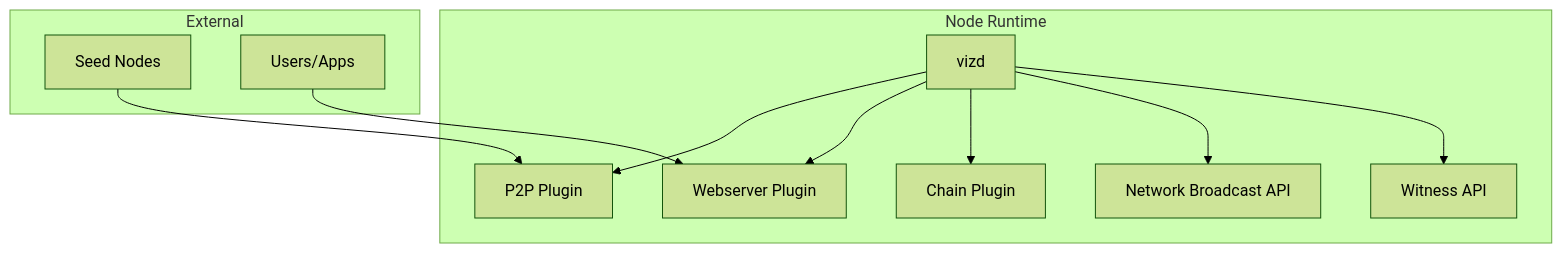
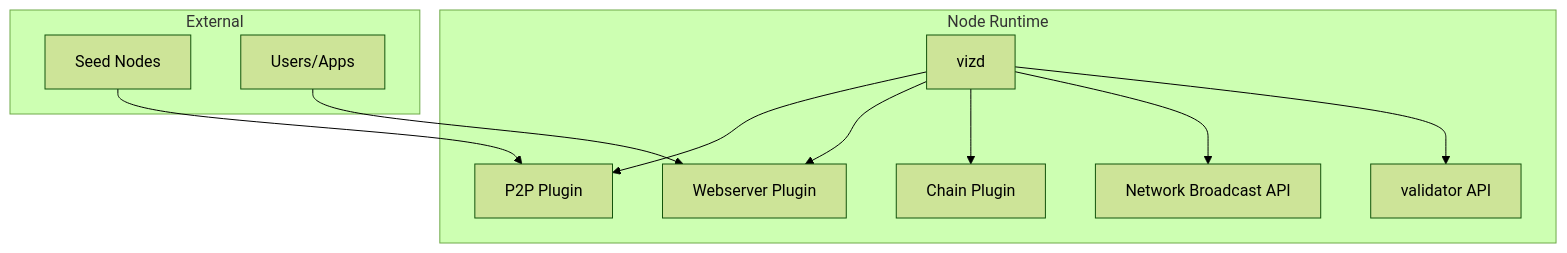
The second of 6 diagrams in .qoder/repowiki/en/content/Getting Started.md (VIZ-Blockchain/viz-cpp-node), drawn with Mermaid (forest theme) before and after one commit. The commit also changed other lines of this file and 88 other files, not shown here.

First line of the commit message:
docs(validator): rename witness to validator throughout documentation

````diff
--- a/.qoder/repowiki/en/content/Getting Started.md
+++ b/.qoder/repowiki/en/content/Getting Started.md
@@ -90,22 +90,22 @@
 ```mermaid
 graph TB
 subgraph "Node Runtime"
 N["vizd"]
 P["P2P Plugin"]
 W["Webserver Plugin"]
 C["Chain Plugin"]
 NA["Network Broadcast API"]
-WA["Witness API"]
+WA["validator API"]
 end
 subgraph "External"
 S["Seed Nodes"]
 U["Users/Apps"]
 end
 N --> P
 N --> W
 N --> C
 N --> NA
 N --> WA
 S --> P
 U --> W
 ```
````
